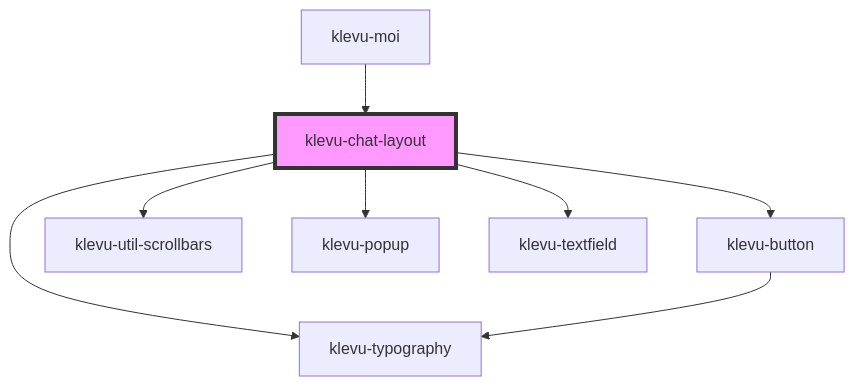
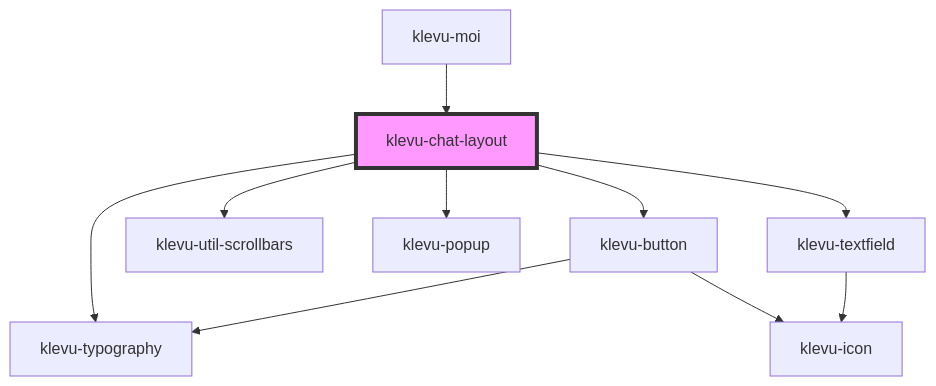
The diagram in packages/klevu-ui/src/components/klevu-chat-layout/readme.md (klevultd/frontend-sdk), drawn with Mermaid before and after one commit. The commit also changed 80 other files, not shown here.

Commit message:
Create a klevu-icon component

````diff
--- a/packages/klevu-ui/src/components/klevu-chat-layout/readme.md
+++ b/packages/klevu-ui/src/components/klevu-chat-layout/readme.md
@@ -66,11 +66,13 @@
 ```mermaid
 graph TD;
   klevu-chat-layout --> klevu-typography
   klevu-chat-layout --> klevu-button
   klevu-chat-layout --> klevu-util-scrollbars
   klevu-chat-layout --> klevu-popup
   klevu-chat-layout --> klevu-textfield
+  klevu-button --> klevu-icon
   klevu-button --> klevu-typography
+  klevu-textfield --> klevu-icon
   klevu-moi --> klevu-chat-layout
   style klevu-chat-layout fill:#f9f,stroke:#333,stroke-width:4px
 ```
````
